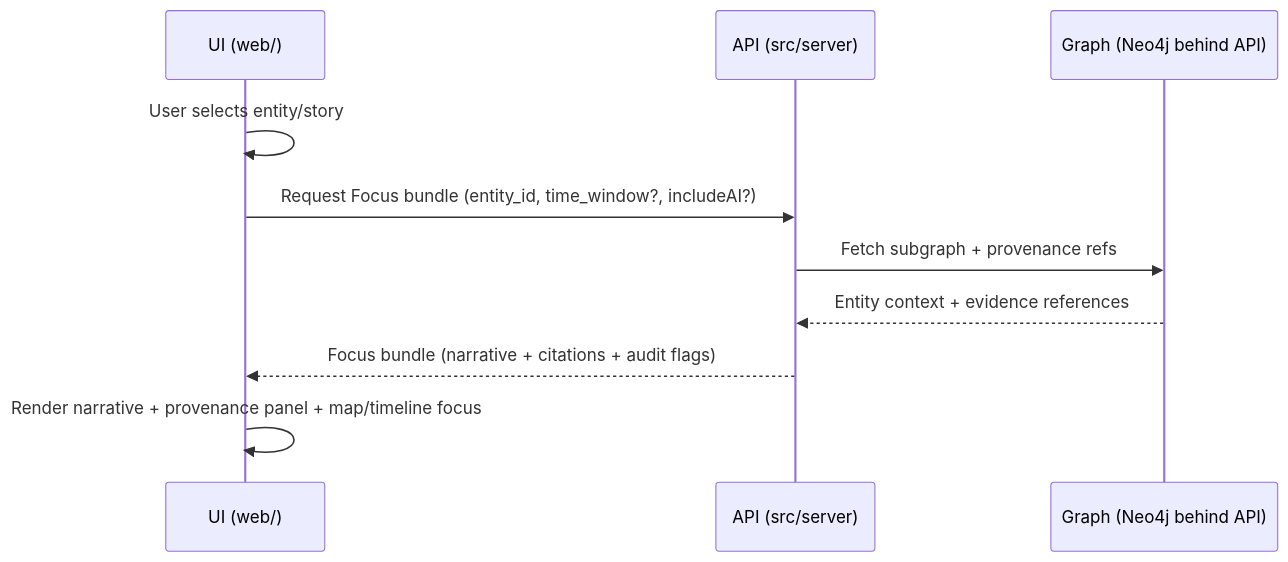
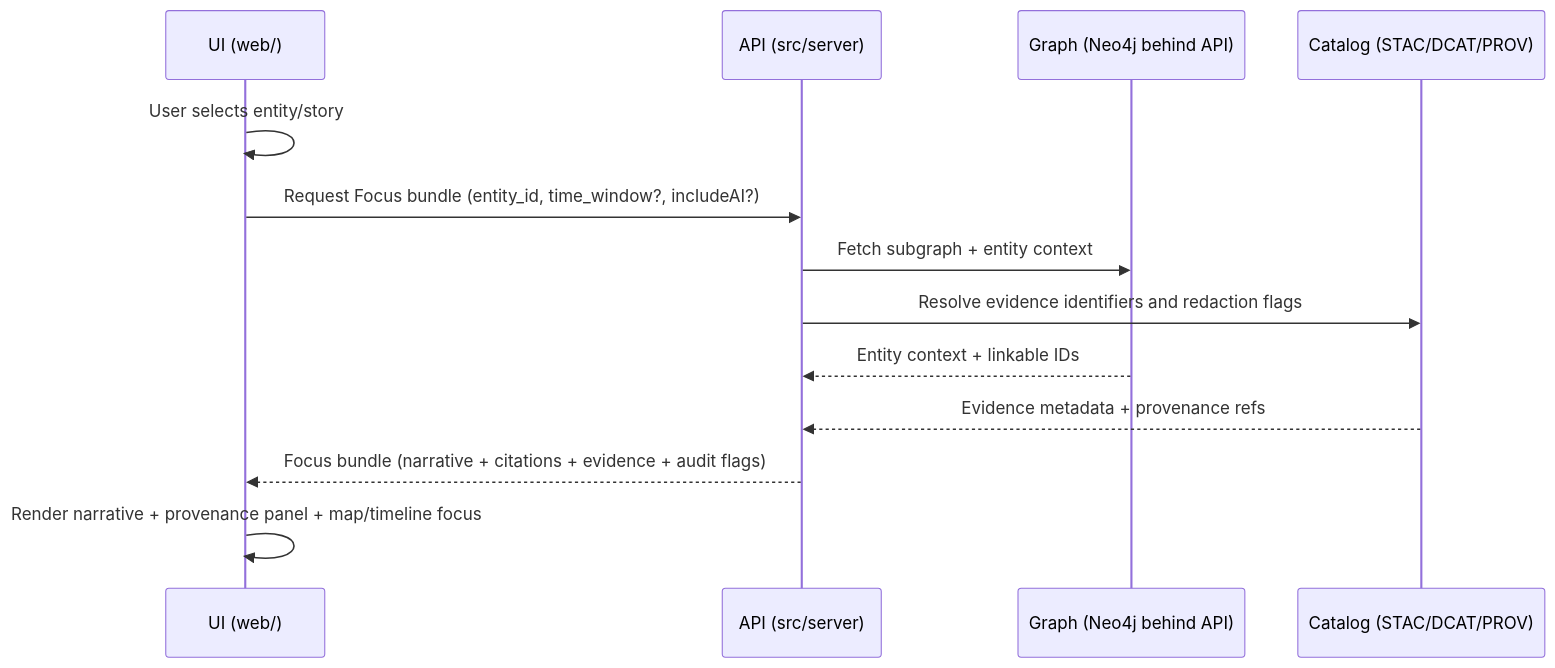
Before and after one commit to bartytime4life/Kansas-Frontier-Matrix: the second of 2 diagrams in web/src/story/README.md, drawn with Mermaid. The commit also changed other lines of this file, not shown here.

```diff
--- a/web/src/story/README.md
+++ b/web/src/story/README.md
@@ -213,13 +227,16 @@
 ~~~mermaid
 sequenceDiagram
   participant UI as UI (web/)
   participant API as API (src/server)
   participant Graph as Graph (Neo4j behind API)
+  participant Catalog as Catalog (STAC/DCAT/PROV)
 
   UI->>UI: User selects entity/story
   UI->>API: Request Focus bundle (entity_id, time_window?, includeAI?)
-  API->>Graph: Fetch subgraph + provenance refs
-  Graph-->>API: Entity context + evidence references
-  API-->>UI: Focus bundle (narrative + citations + audit flags)
+  API->>Graph: Fetch subgraph + entity context
+  API->>Catalog: Resolve evidence identifiers and redaction flags
+  Graph-->>API: Entity context + linkable IDs
+  Catalog-->>API: Evidence metadata + provenance refs
+  API-->>UI: Focus bundle (narrative + citations + evidence + audit flags)
   UI->>UI: Render narrative + provenance panel + map/timeline focus
 ~~~
```
